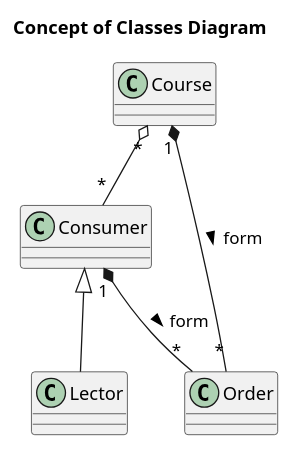
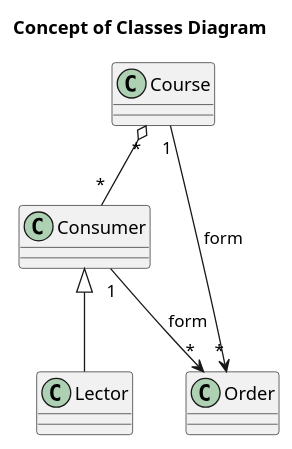
Before and after one commit to oleksandrblazhko/ai201-stepanenko: the diagram in 2-SoftwareDesign/2.7-PlantUML/UML-ConceptClasses.puml, drawn with PlantUML.

```diff
--- a/2-SoftwareDesign/2.7-PlantUML/UML-ConceptClasses.puml
+++ b/2-SoftwareDesign/2.7-PlantUML/UML-ConceptClasses.puml
@@ -1,17 +1,17 @@
 @startuml
 
 title Concept of Classes Diagram 
 
 Class Consumer
 Class Course
 Class Order
 Class Lector
 
 
 Consumer <|-- Lector
 
 Course"*" o-- "*"Consumer 
-Consumer"1" *-- "*"Order : form >
-Course"1" *-- "*"Order : form >
+Consumer"1" --> "*"Order : form 
+Course"1" --> "*"Order : form 
 
 @enduml
```
